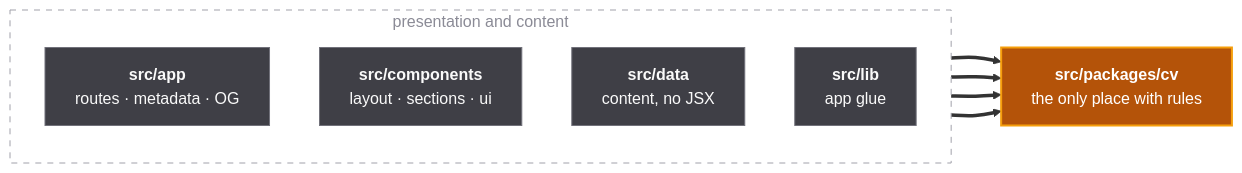
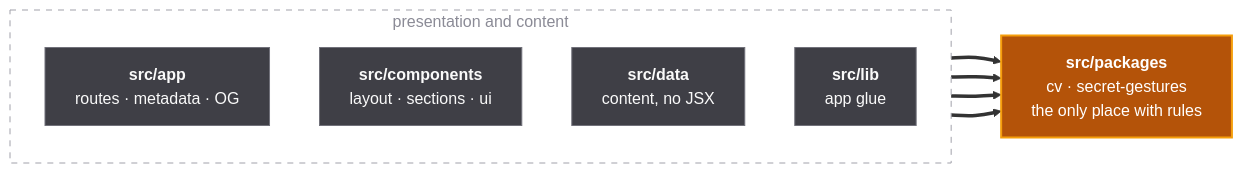
One commit to miramo/portfolio changed the diagram in README.md. Above: the diagram before and after it, drawn with Mermaid. The commit also changed other lines of this file and 1 other file, not shown here.

````diff
--- a/README.md
+++ b/README.md
@@ -22,23 +26,23 @@
 ```mermaid
 flowchart LR
     subgraph outer ["presentation and content"]
         direction TB
         app["<b>src/app</b><br/>routes · metadata · OG"]
         components["<b>src/components</b><br/>layout · sections · ui"]
         data["<b>src/data</b><br/>content, no JSX"]
         lib["<b>src/lib</b><br/>app glue"]
     end
 
-    domain["<b>src/packages/cv</b><br/>the only place with rules"]
+    domain["<b>src/packages</b><br/>cv · secret-gestures<br/>the only place with rules"]
 
     app ==> domain
     components ==> domain
     data ==> domain
     lib ==> domain
 
     classDef plain fill:#3f3f46,stroke:#71717a,stroke-width:1px,color:#fafafa
     classDef core fill:#b45309,stroke:#f59e0b,stroke-width:2px,color:#ffffff
     class app,components,data,lib plain
     class domain core
     style outer fill:transparent,stroke:#a1a1aa,stroke-width:1px,stroke-dasharray:6 6,color:#8b8b96
 ```
````
